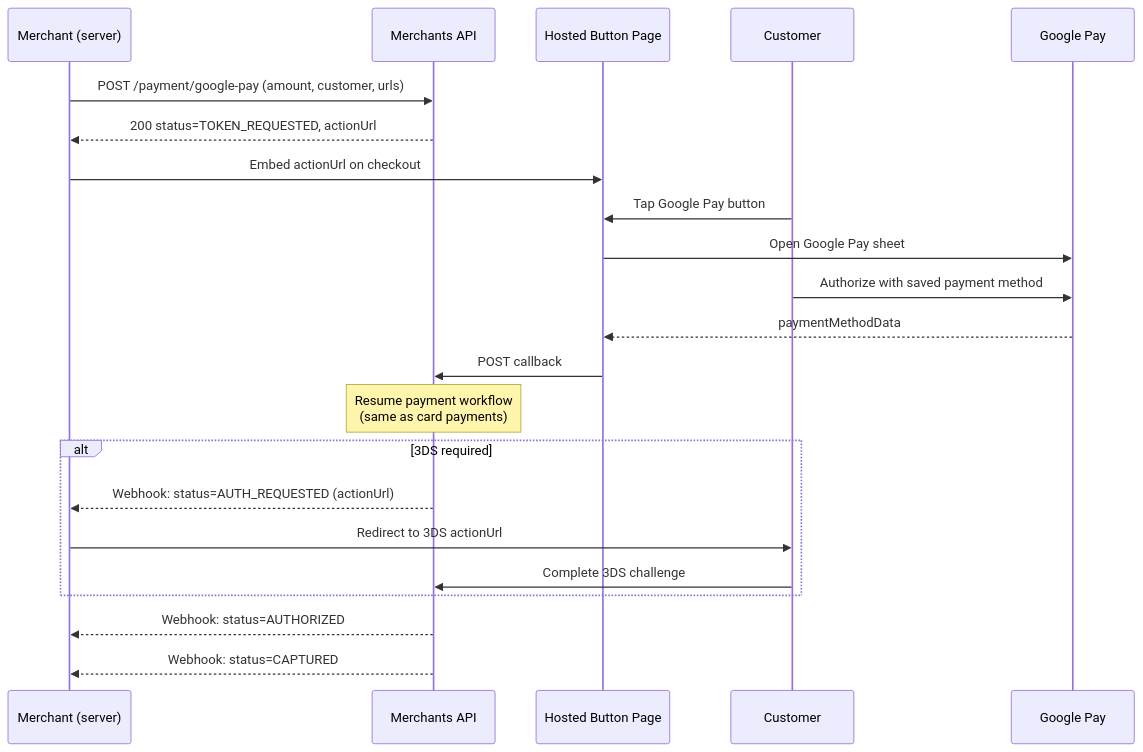
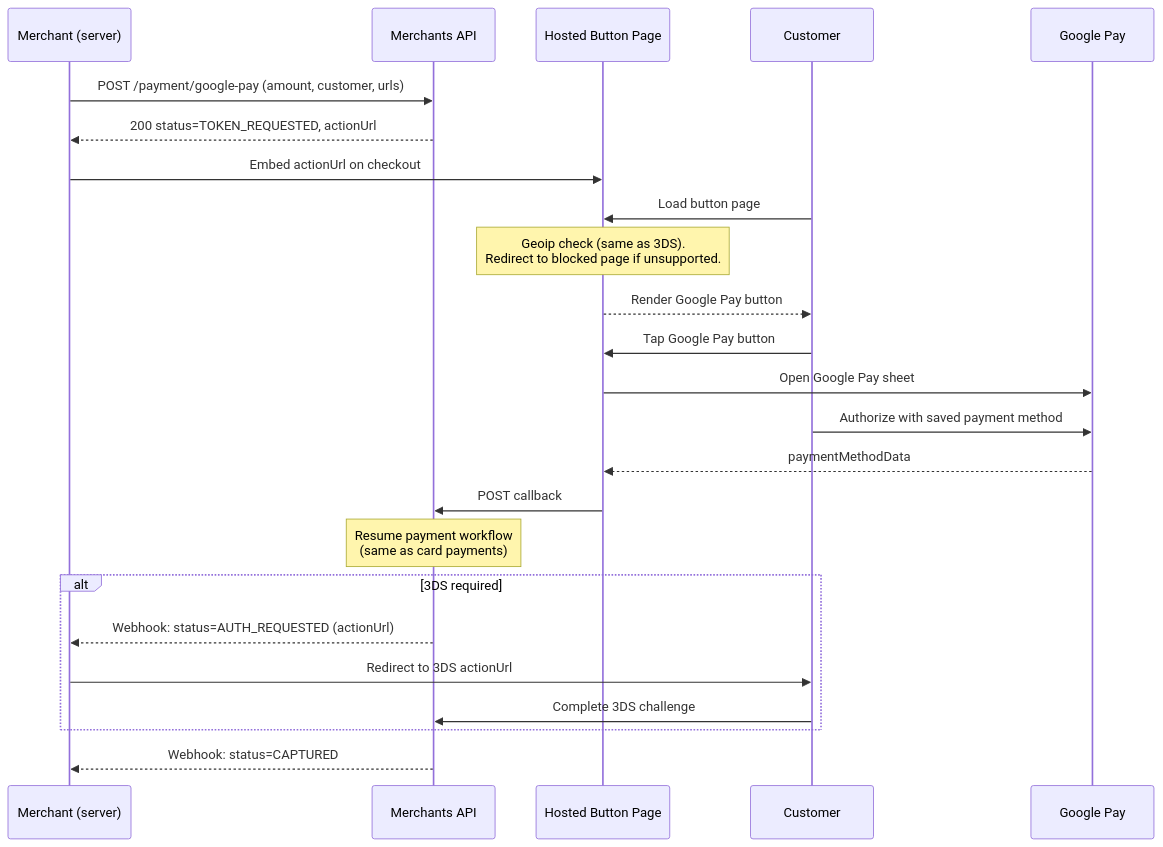
Before and after one commit to KumaaGroup/platform-merchant-api: the first of 2 diagrams in docs/google-pay.md, drawn with Mermaid. The commit also changed other lines of this file, not shown here.

First line of the commit message:
docs(google-pay): clarify geoip timing, emphasize allow="payment", fix webhooks

````diff
--- a/docs/google-pay.md
+++ b/docs/google-pay.md
@@ -7,25 +7,27 @@
 ```mermaid
 sequenceDiagram
     participant M as Merchant (server)
     participant API as Merchants API
     participant Page as Hosted Button Page
     participant C as Customer
     participant GP as Google Pay
 
     M->>API: POST /payment/google-pay (amount, customer, urls)
     API-->>M: 200 status=TOKEN_REQUESTED, actionUrl
     M->>Page: Embed actionUrl on checkout
+    C->>Page: Load button page
+    Note over Page: Geoip check (same as 3DS).<br/>Redirect to blocked page if unsupported.
+    Page-->>C: Render Google Pay button
     C->>Page: Tap Google Pay button
     Page->>GP: Open Google Pay sheet
     C->>GP: Authorize with saved payment method
     GP-->>Page: paymentMethodData
     Page->>API: POST callback
     Note over API: Resume payment workflow<br/>(same as card payments)
     alt 3DS required
         API-->>M: Webhook: status=AUTH_REQUESTED (actionUrl)
         M->>C: Redirect to 3DS actionUrl
         C->>API: Complete 3DS challenge
     end
-    API-->>M: Webhook: status=AUTHORIZED
     API-->>M: Webhook: status=CAPTURED
 ```
````
